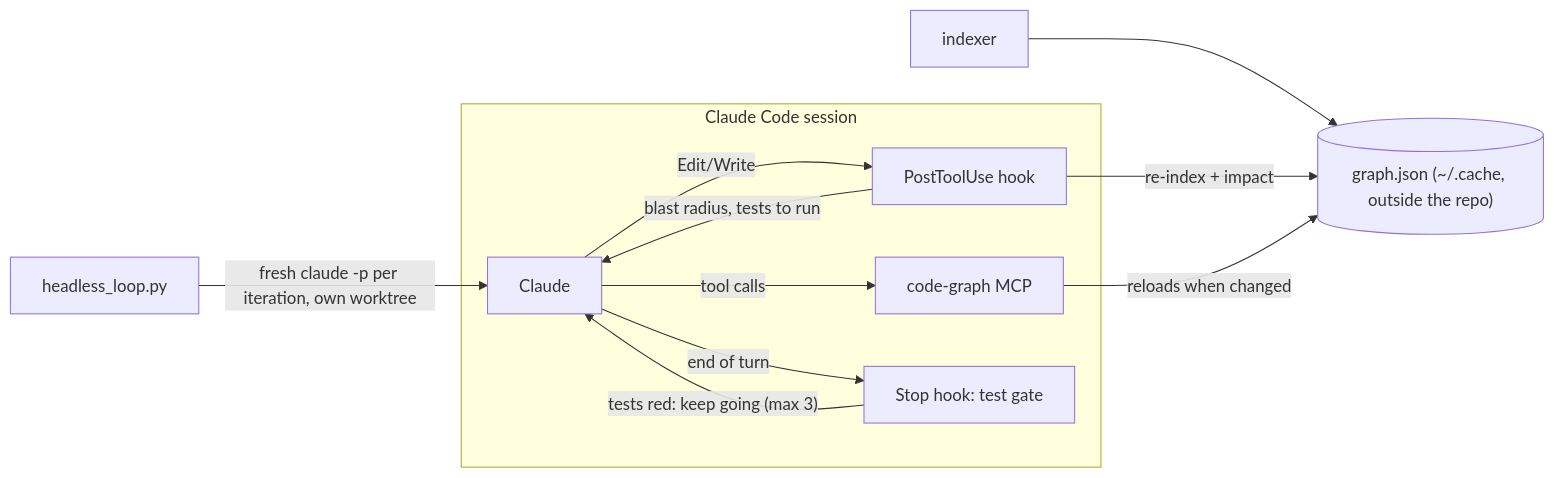
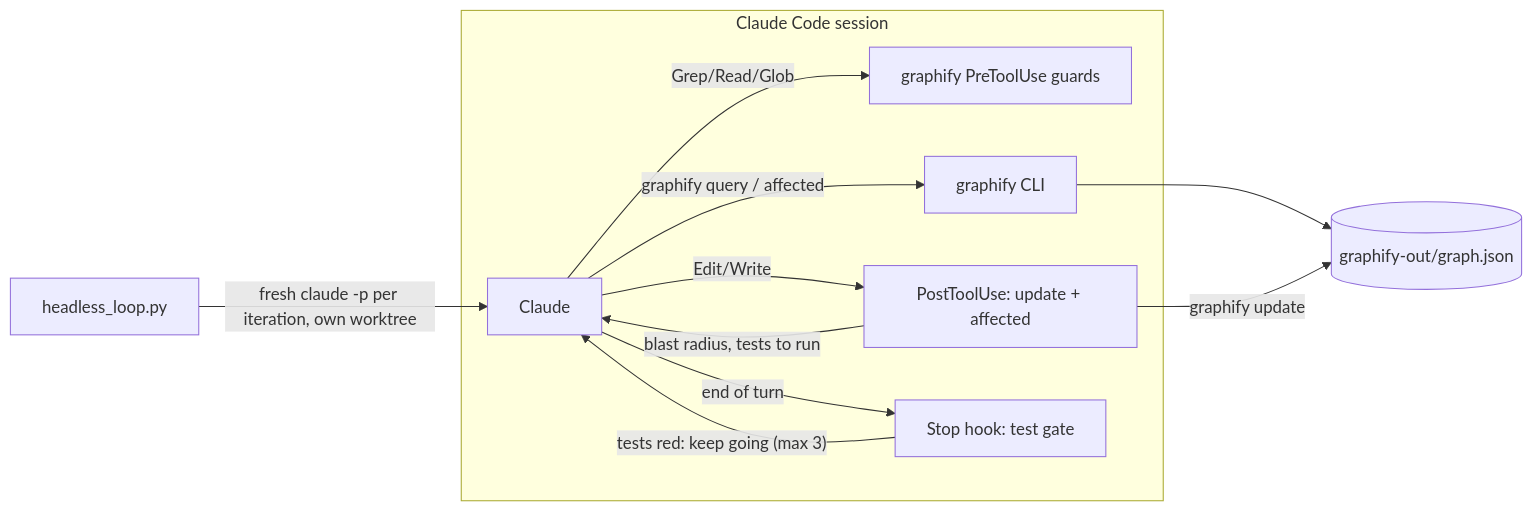
Before and after one commit to replicablelabs/replicable-plugin: the diagram in README.md, drawn with Mermaid. The commit also changed other lines of this file and 31 other files, not shown here.

First line of the commit message:
Build the code graph on graphify instead of a custom ast indexer

````diff
--- a/README.md
+++ b/README.md
@@ -25,14 +29,14 @@
 ```mermaid
 flowchart LR
   subgraph Claude Code session
-    A[Claude] -- tool calls --> MCP[code-graph MCP]
-    A -- Edit/Write --> H1[PostToolUse hook]
+    A[Claude] -- "Grep/Read/Glob" --> GG["graphify PreToolUse guards"]
+    A -- "graphify query / affected" --> GF[graphify CLI]
+    A -- Edit/Write --> H1[PostToolUse: update + affected]
     A -- end of turn --> H2[Stop hook: test gate]
   end
-  IDX[indexer] --> G[("graph.json (~/.cache, outside the repo)")]
-  H1 -- re-index + impact --> G
+  GF --> G[("graphify-out/graph.json")]
+  H1 -- "graphify update" --> G
   H1 -- "blast radius, tests to run" --> A
-  MCP -- reloads when changed --> G
   H2 -- "tests red: keep going (max 3)" --> A
   L1[headless_loop.py] -- "fresh claude -p per iteration, own worktree" --> A
 ```
````
